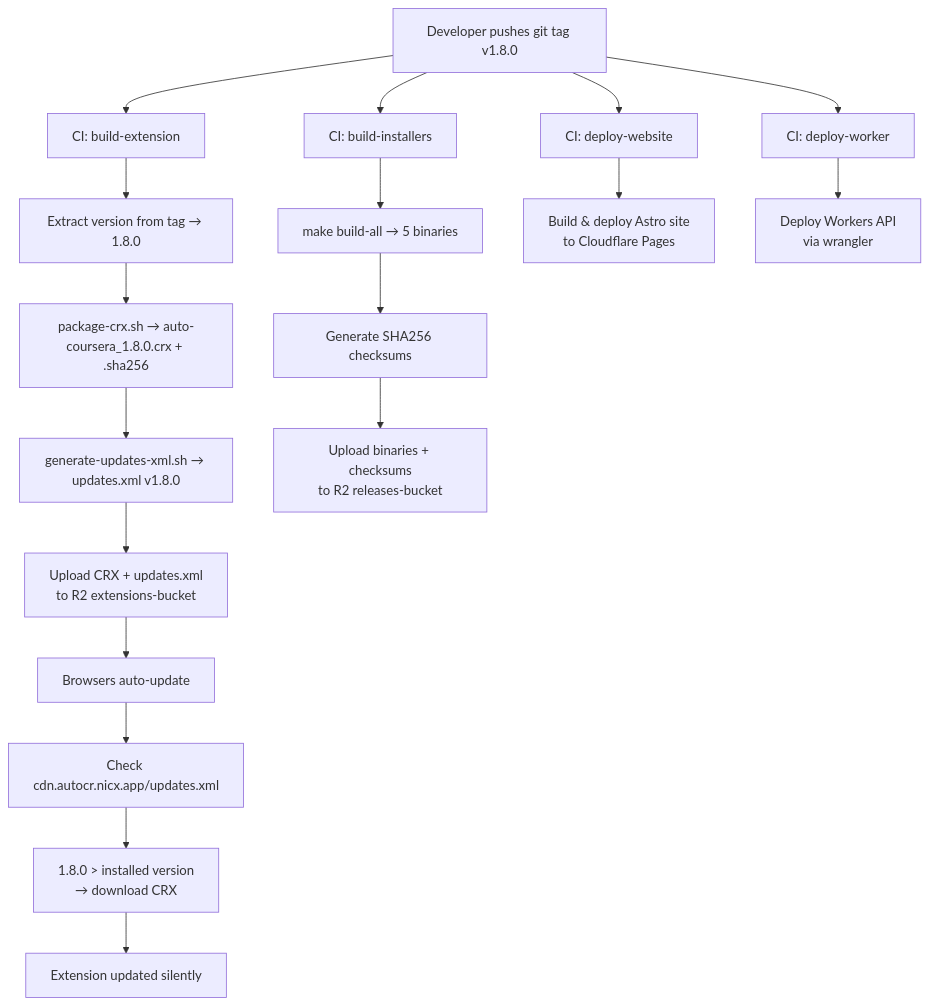
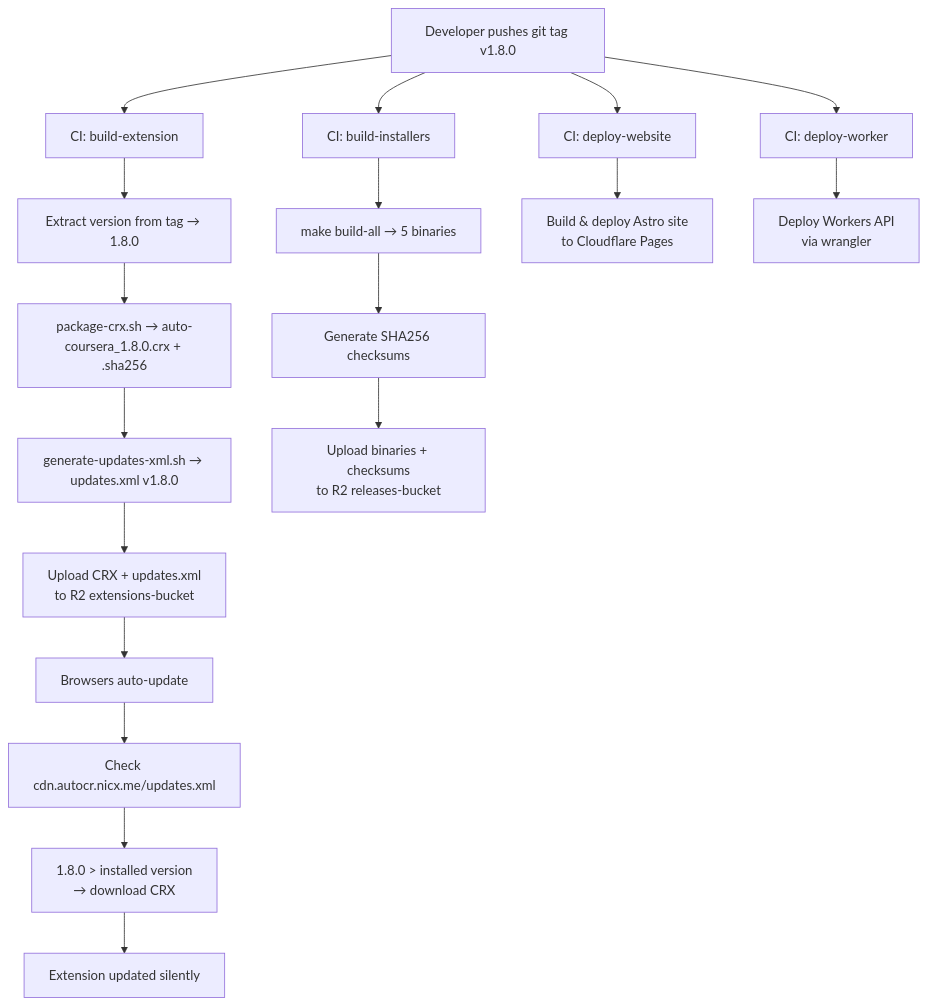
Before and after one commit to NICxKMS/auto-coursera: the third of 4 diagrams in docs/ARCHITECTURE.md, drawn with Mermaid. The commit also changed other lines of this file and 113 other files, not shown here.

````diff
--- a/docs/ARCHITECTURE.md
+++ b/docs/ARCHITECTURE.md
@@ -312,24 +312,24 @@
 ```mermaid
 flowchart TD
     TAG["Developer pushes git tag v1.8.0"] --> BUILD["CI: build-extension"]
     TAG --> INST["CI: build-installers"]
     TAG --> DWEB["CI: deploy-website"]
     TAG --> DWKR["CI: deploy-worker"]
 
     BUILD --> VER["Extract version from tag → 1.8.0"]
     VER --> CRX["package-crx.sh → auto-coursera_1.8.0.crx + .sha256"]
     CRX --> XML["generate-updates-xml.sh → updates.xml v1.8.0"]
     XML --> UP1["Upload CRX + updates.xml\nto R2 extensions-bucket"]
 
     INST --> MAKE["make build-all → 5 binaries"]
     MAKE --> SHA["Generate SHA256 checksums"]
     SHA --> UP2["Upload binaries + checksums\nto R2 releases-bucket"]
 
     DWEB --> PAGES["Build & deploy Astro site\nto Cloudflare Pages"]
     DWKR --> WORKERS["Deploy Workers API\nvia wrangler"]
 
     UP1 --> AUTO["Browsers auto-update"]
-    AUTO --> CHECK["Check cdn.autocr.nicx.app/updates.xml"]
+    AUTO --> CHECK["Check cdn.autocr.nicx.me/updates.xml"]
     CHECK --> NEWER["1.8.0 > installed version\n→ download CRX"]
     NEWER --> UPDATED["Extension updated silently"]
 ```
````
